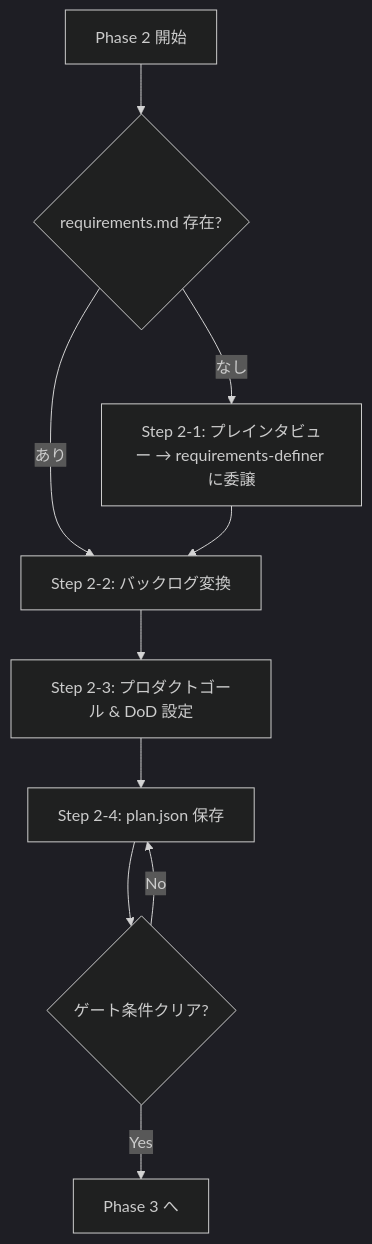
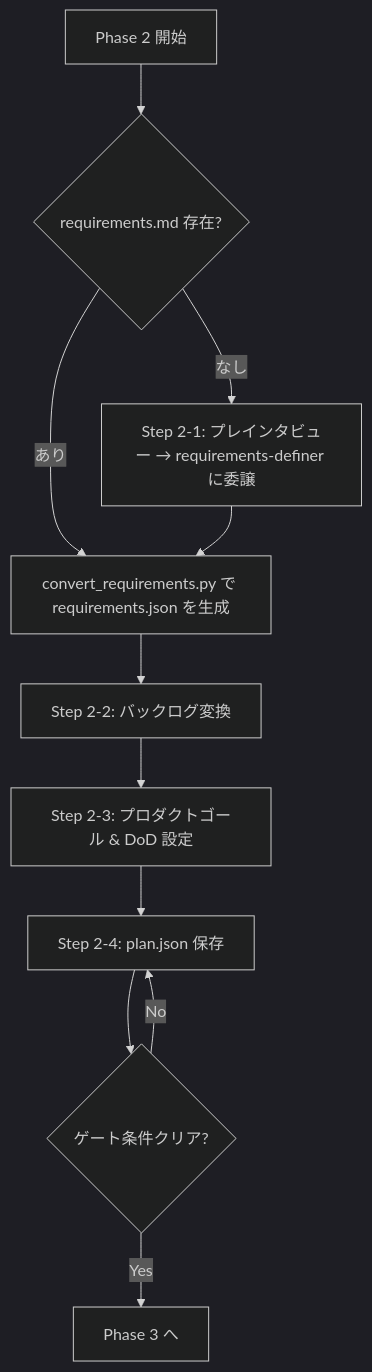
Before and after one commit to ynitto/sandbox: the diagram in .github/skills/scrum-master/references/phase-2-backlog.md, drawn with Mermaid (dark theme). The commit also changed other lines of this file and 1 other file, not shown here.

First line of the commit message:
Update scrum-master to use requirements.json (converted from requirements.md)

````diff
--- a/.github/skills/scrum-master/references/phase-2-backlog.md
+++ b/.github/skills/scrum-master/references/phase-2-backlog.md
@@ -7,12 +7,13 @@
 ```mermaid
 flowchart TD
     A[Phase 2 開始] --> B{requirements.md 存在?}
-    B -- あり --> C[Step 2-2: バックログ変換]
+    B -- あり --> B2[convert_requirements.py で requirements.json を生成]
     B -- なし --> D[Step 2-1: プレインタビュー → requirements-definer に委譲]
-    D --> C
+    D --> B2
+    B2 --> C[Step 2-2: バックログ変換]
     C --> E[Step 2-3: プロダクトゴール & DoD 設定]
     E --> F[Step 2-4: plan.json 保存]
     F --> G{ゲート条件クリア?}
     G -- Yes --> H[Phase 3 へ]
     G -- No --> F
 ```
````
